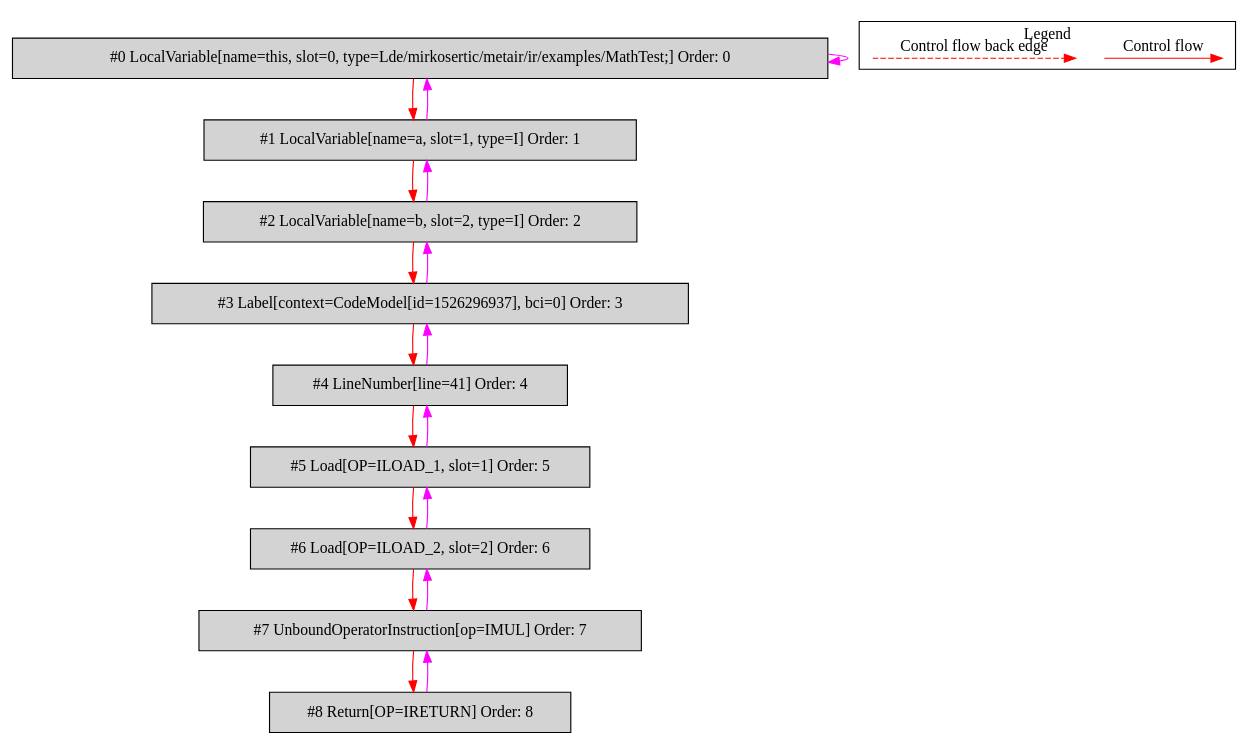
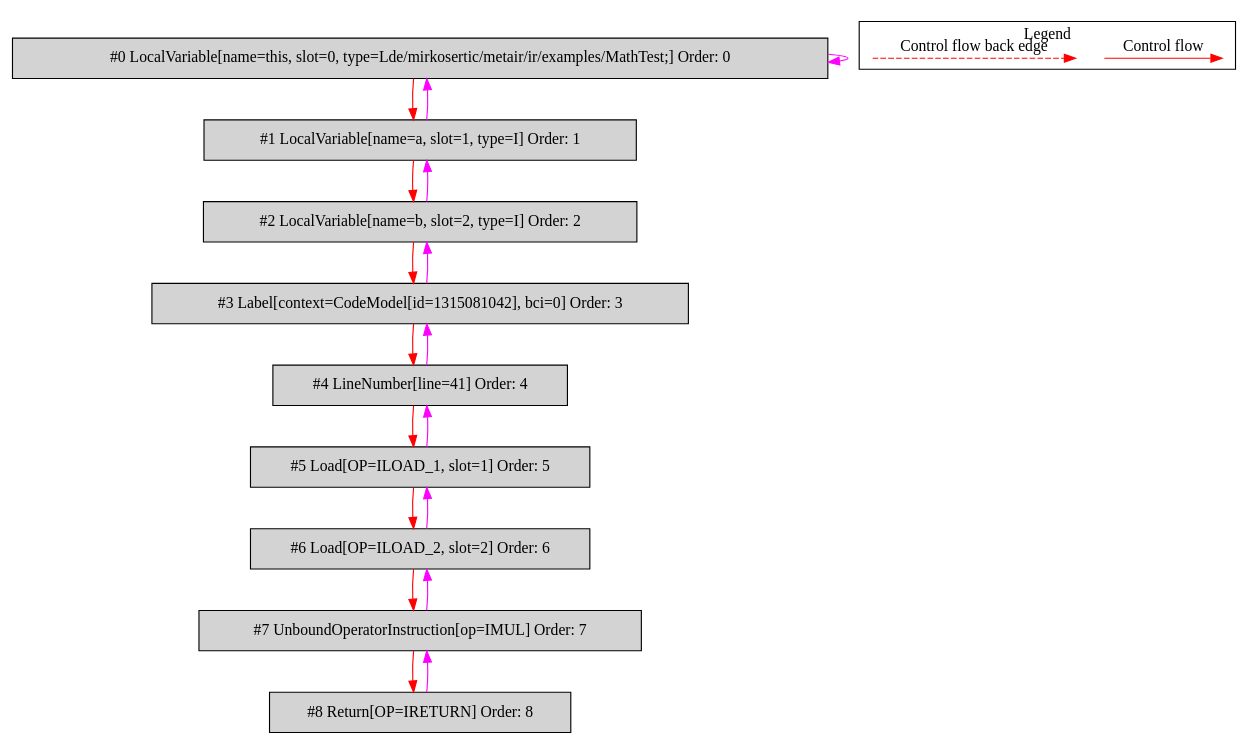
One commit to mirkosertic/MetaIR changed the diagram in de.mirkosertic.metair.ir.examples.MathTest/imul/bytecodecfg.dot. Above: the diagram before and after it, drawn with Graphviz. The commit also changed 1499 other files, not shown here.

```diff
--- a/de.mirkosertic.metair.ir.examples.MathTest/imul/bytecodecfg.dot
+++ b/de.mirkosertic.metair.ir.examples.MathTest/imul/bytecodecfg.dot
@@ -1,43 +1,43 @@
 digraph {
  ordering="in";
  node0[label="#0 LocalVariable[name=this, slot=0, type=Lde/mirkosertic/metair/ir/examples/MathTest;] Order: 0", shape=box, fillcolor=lightgrey, style=filled];
  node1[label="#1 LocalVariable[name=a, slot=1, type=I] Order: 1", shape=box, fillcolor=lightgrey, style=filled];
  node2[label="#2 LocalVariable[name=b, slot=2, type=I] Order: 2", shape=box, fillcolor=lightgrey, style=filled];
- node3[label="#3 Label[context=CodeModel[id=1526296937], bci=0] Order: 3", shape=box, fillcolor=lightgrey, style=filled];
+ node3[label="#3 Label[context=CodeModel[id=1315081042], bci=0] Order: 3", shape=box, fillcolor=lightgrey, style=filled];
  node4[label="#4 LineNumber[line=41] Order: 4", shape=box, fillcolor=lightgrey, style=filled];
  node5[label="#5 Load[OP=ILOAD_1, slot=1] Order: 5", shape=box, fillcolor=lightgrey, style=filled];
  node6[label="#6 Load[OP=ILOAD_2, slot=2] Order: 6", shape=box, fillcolor=lightgrey, style=filled];
  node7[label="#7 UnboundOperatorInstruction[op=IMUL] Order: 7", shape=box, fillcolor=lightgrey, style=filled];
  node8[label="#8 Return[OP=IRETURN] Order: 8", shape=box, fillcolor=lightgrey, style=filled];
  node0 -> node0[color=fuchsia];
  node0 -> node1[color=red];
  node1 -> node0[color=fuchsia];
  node1 -> node2[color=red];
  node2 -> node1[color=fuchsia];
  node2 -> node3[color=red];
  node3 -> node2[color=fuchsia];
  node3 -> node4[color=red];
  node4 -> node3[color=fuchsia];
  node4 -> node5[color=red];
  node5 -> node4[color=fuchsia];
  node5 -> node6[color=red];
  node6 -> node5[color=fuchsia];
  node6 -> node7[color=red];
  node7 -> node6[color=fuchsia];
  node7 -> node8[color=red];
  node8 -> node7[color=fuchsia];
  subgraph cluster_000 {
   label = "Legend";
   node [shape=point]
   {
    rank=same;
    c0 [style = invis];
    c1 [style = invis];
    c2 [style = invis];
    c3 [style = invis];
   }
   c0 -> c1 [label="Control flow", style=solid, color=red]
   c2 -> c3 [label="Control flow back edge", style=dashed, color=red]
  }
 
 }
```
